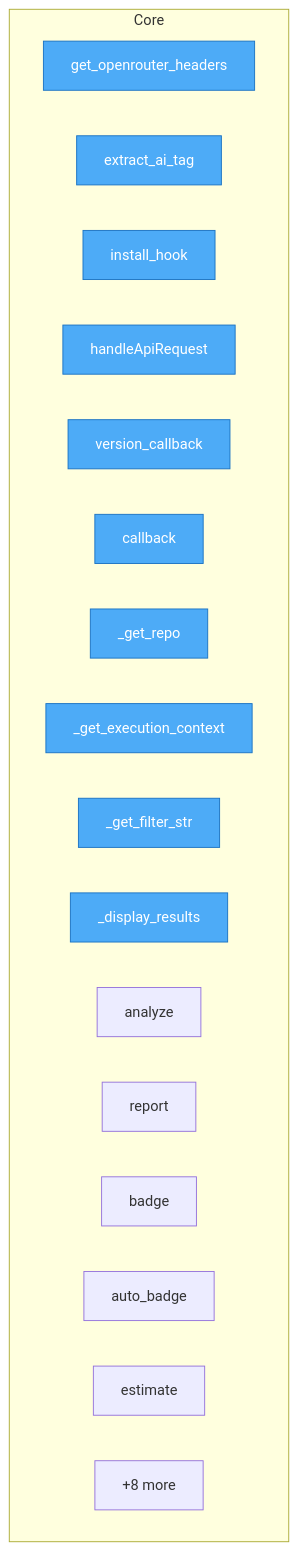
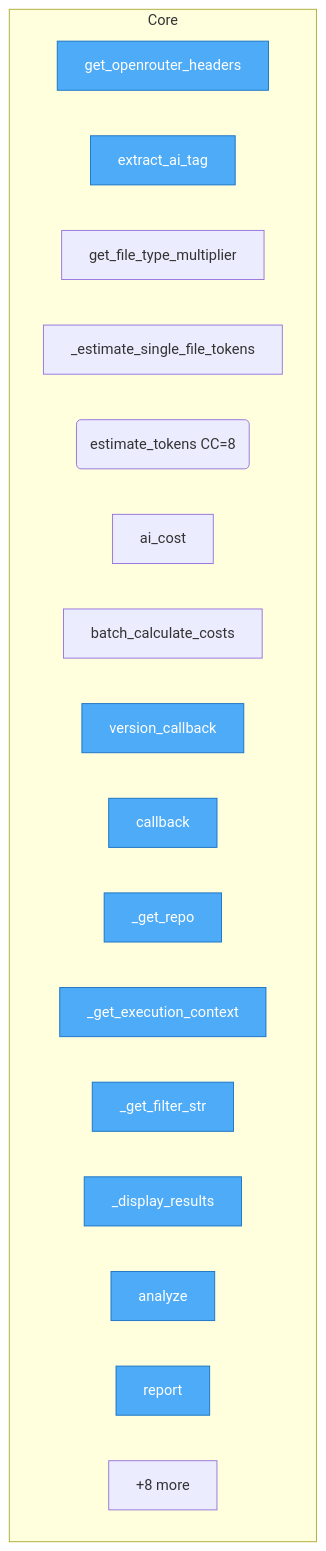
Before and after one commit to semcod/cost: the diagram in project/flow.mmd, drawn with Mermaid. The commit also changed 19 other files, not shown here.

```diff
--- a/project/flow.mmd
+++ b/project/flow.mmd
@@ -1,25 +1,25 @@
 flowchart TD
 
     %% Entry points (blue)
     classDef entry fill:#4dabf7,stroke:#1971c2,color:#fff
 
     subgraph Core
         src__costs__models__get_openrouter_headers["get_openrouter_headers"]
         src__costs__git_parser__extract_ai_tag["extract_ai_tag"]
-        project__install_hook["install_hook"]
-        services__badge_service__badge__handleApiRequest["handleApiRequest"]
+        src__costs__calculator__get_file_type_multiplier["get_file_type_multiplier"]
+        src__costs__calculator___estimate_single_file_tokens["_estimate_single_file_tokens"]
+        src__costs__calculator__estimate_tokens("estimate_tokens CC=8")
+        src__costs__calculator__ai_cost["ai_cost"]
+        src__costs__calculator__batch_calculate_costs["batch_calculate_costs"]
         src__costs__cli__version_callback["version_callback"]
         src__costs__cli__callback["callback"]
         src__costs__cli___get_repo["_get_repo"]
         src__costs__cli___get_execution_context["_get_execution_context"]
         src__costs__cli___get_filter_str["_get_filter_str"]
         src__costs__cli___display_results["_display_results"]
         src__costs__cli__analyze["analyze"]
         src__costs__cli__report["report"]
-        src__costs__cli__badge["badge"]
-        src__costs__cli__auto_badge["auto_badge"]
-        src__costs__cli__estimate["estimate"]
         ...["+8 more"]
     end
 
-    class src__costs__models__get_openrouter_headers,src__costs__git_parser__extract_ai_tag,project__install_hook,services__badge_service__badge__handleApiRequest,src__costs__cli__version_callback,src__costs__cli__callback,src__costs__cli___get_repo,src__costs__cli___get_execution_context,src__costs__cli___get_filter_str,src__costs__cli___display_results entry
+    class src__costs__models__get_openrouter_headers,src__costs__git_parser__extract_ai_tag,src__costs__cli__version_callback,src__costs__cli__callback,src__costs__cli___get_repo,src__costs__cli___get_execution_context,src__costs__cli___get_filter_str,src__costs__cli___display_results,src__costs__cli__analyze,src__costs__cli__report entry
```
